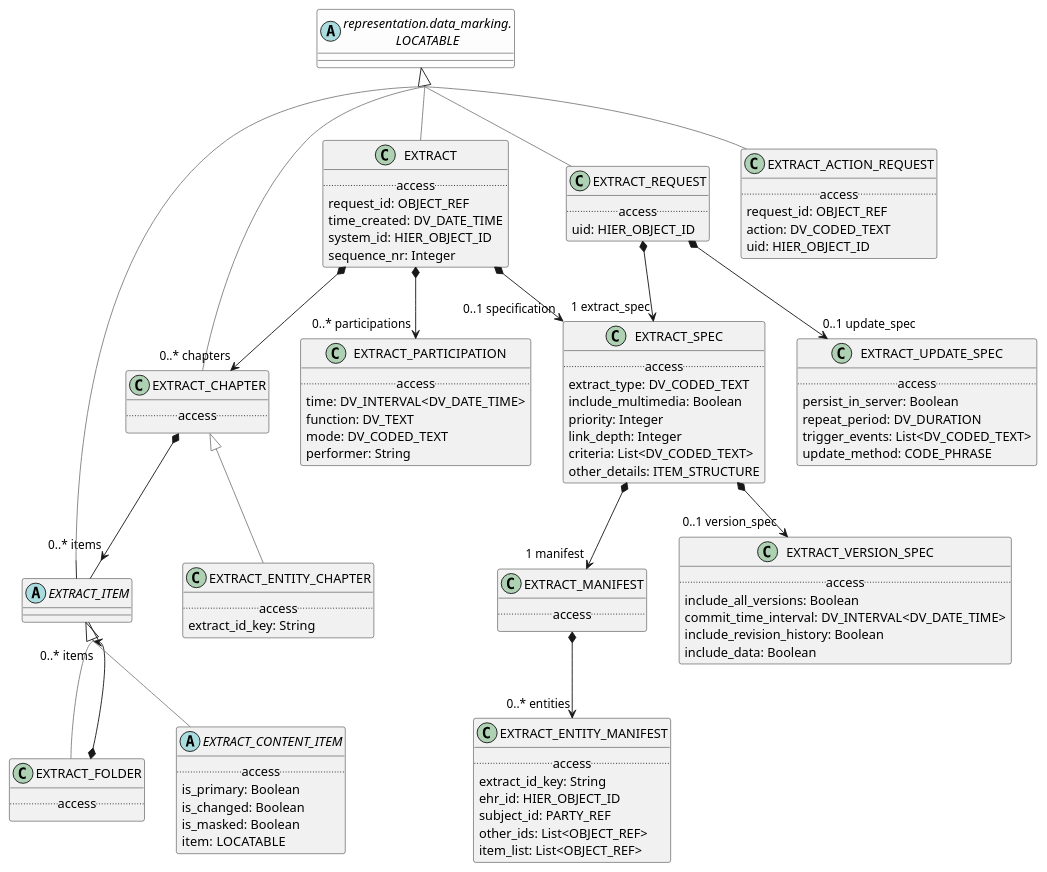
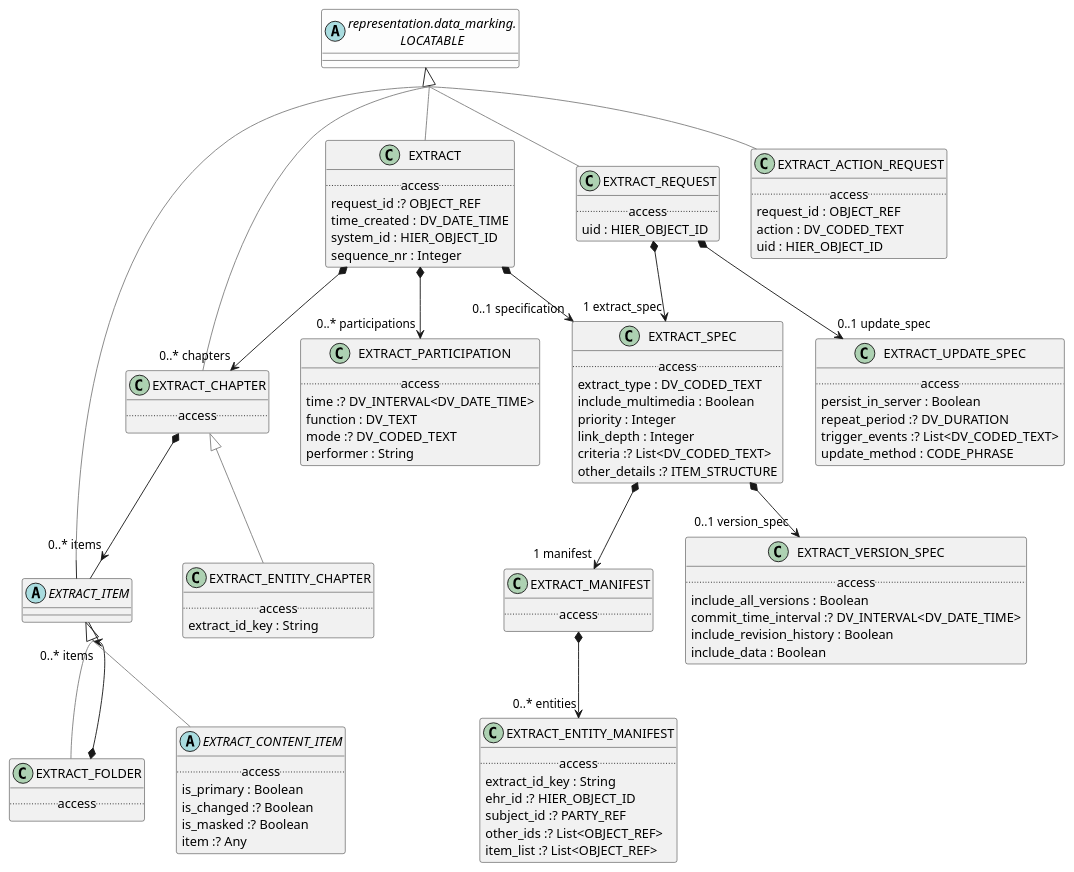
One commit to wolandscat/openehr-doc changed the diagram in modules/ROOT/examples/bmm/domain-healthcare/ehr_extract/common/common-package-uml.adoc. Above: the diagram before and after it, drawn with PlantUML. The commit also changed 1814 other files, not shown here.

```diff
--- a/modules/ROOT/examples/bmm/domain-healthcare/ehr_extract/common/common-package-uml.adoc
+++ b/modules/ROOT/examples/bmm/domain-healthcare/ehr_extract/common/common-package-uml.adoc
@@ -8,7 +8,7 @@
 
 class EXTRACT_REQUEST [[/openehr-doc/latest/domain-healthcare/ehr_extract-gen.html#_class_extract_request]] {
         .. access ..
-        uid: HIER_OBJECT_ID
+        uid : HIER_OBJECT_ID
 }
 
 EXTRACT_REQUEST -[#gray]up-|> LOCATABLE  
@@ -29,19 +29,18 @@
 
 class EXTRACT_ENTITY_MANIFEST [[/openehr-doc/latest/domain-healthcare/ehr_extract-gen.html#_class_extract_entity_manifest]] {
         .. access ..
-        extract_id_key: String
-        ehr_id: HIER_OBJECT_ID
-        subject_id: PARTY_REF
-        other_ids: List<OBJECT_REF>
-        item_list: List<OBJECT_REF>
+        extract_id_key : String
+        ehr_id :? HIER_OBJECT_ID
+        subject_id :? PARTY_REF
+        other_ids :? List<OBJECT_REF>
+        item_list :? List<OBJECT_REF>
 }
-
 
 class EXTRACT_ACTION_REQUEST [[/openehr-doc/latest/domain-healthcare/ehr_extract-gen.html#_class_extract_action_request]] {
         .. access ..
-        request_id: OBJECT_REF
-        action: DV_CODED_TEXT
-        uid: HIER_OBJECT_ID
+        request_id : OBJECT_REF
+        action : DV_CODED_TEXT
+        uid : HIER_OBJECT_ID
 }
 
 EXTRACT_ACTION_REQUEST -[#gray]up-|> LOCATABLE  
@@ -60,19 +59,17 @@
         .. access ..
 }
 
-
 EXTRACT_MANIFEST *--> "0..* entities" EXTRACT_ENTITY_MANIFEST
 
 class EXTRACT_SPEC [[/openehr-doc/latest/domain-healthcare/ehr_extract-gen.html#_class_extract_spec]] {
         .. access ..
-        extract_type: DV_CODED_TEXT
-        include_multimedia: Boolean
-        priority: Integer
-        link_depth: Integer
-        criteria: List<DV_CODED_TEXT>
-        other_details: ITEM_STRUCTURE
+        extract_type : DV_CODED_TEXT
+        include_multimedia : Boolean
+        priority : Integer
+        link_depth : Integer
+        criteria :? List<DV_CODED_TEXT>
+        other_details :? ITEM_STRUCTURE
 }
-
 
 EXTRACT_SPEC *--> "0..1 version_spec" EXTRACT_VERSION_SPEC
 
@@ -80,25 +77,23 @@
 
 class EXTRACT_PARTICIPATION [[/openehr-doc/latest/domain-healthcare/ehr_extract-gen.html#_class_extract_participation]] {
         .. access ..
-        time: DV_INTERVAL<DV_DATE_TIME>
-        function: DV_TEXT
-        mode: DV_CODED_TEXT
-        performer: String
+        time :? DV_INTERVAL<DV_DATE_TIME>
+        function : DV_TEXT
+        mode :? DV_CODED_TEXT
+        performer : String
 }
-
 
 class EXTRACT_VERSION_SPEC [[/openehr-doc/latest/domain-healthcare/ehr_extract-gen.html#_class_extract_version_spec]] {
         .. access ..
-        include_all_versions: Boolean
-        commit_time_interval: DV_INTERVAL<DV_DATE_TIME>
-        include_revision_history: Boolean
-        include_data: Boolean
+        include_all_versions : Boolean
+        commit_time_interval :? DV_INTERVAL<DV_DATE_TIME>
+        include_revision_history : Boolean
+        include_data : Boolean
 }
-
 
 class EXTRACT_ENTITY_CHAPTER [[/openehr-doc/latest/domain-healthcare/ehr_extract-gen.html#_class_extract_entity_chapter]] {
         .. access ..
-        extract_id_key: String
+        extract_id_key : String
 }
 
 EXTRACT_ENTITY_CHAPTER -[#gray]up-|> EXTRACT_CHAPTER  
@@ -106,10 +101,10 @@
 
 abstract class EXTRACT_CONTENT_ITEM [[/openehr-doc/latest/domain-healthcare/ehr_extract-gen.html#_class_extract_content_item]] {
         .. access ..
-        is_primary: Boolean
-        is_changed: Boolean
-        is_masked: Boolean
-        item: LOCATABLE
+        is_primary : Boolean
+        is_changed :? Boolean
+        is_masked :? Boolean
+        item :? Any
 }
 
 EXTRACT_CONTENT_ITEM -[#gray]up-|> EXTRACT_ITEM  
@@ -123,10 +118,10 @@
 
 class EXTRACT [[/openehr-doc/latest/domain-healthcare/ehr_extract-gen.html#_class_extract]] {
         .. access ..
-        request_id: OBJECT_REF
-        time_created: DV_DATE_TIME
-        system_id: HIER_OBJECT_ID
-        sequence_nr: Integer
+        request_id :? OBJECT_REF
+        time_created : DV_DATE_TIME
+        system_id : HIER_OBJECT_ID
+        sequence_nr : Integer
 }
 
 EXTRACT -[#gray]up-|> LOCATABLE  
@@ -140,12 +135,11 @@
 
 class EXTRACT_UPDATE_SPEC [[/openehr-doc/latest/domain-healthcare/ehr_extract-gen.html#_class_extract_update_spec]] {
         .. access ..
-        persist_in_server: Boolean
-        repeat_period: DV_DURATION
-        trigger_events: List<DV_CODED_TEXT>
-        update_method: CODE_PHRASE
+        persist_in_server : Boolean
+        repeat_period :? DV_DURATION
+        trigger_events :? List<DV_CODED_TEXT>
+        update_method : CODE_PHRASE
 }
-
 abstract class "representation.data_marking.\nLOCATABLE" as LOCATABLE  [[/openehr-doc/latest/representation/data_marking-gen.html#_class_locatable]] #FDFDFD {
 }
 
```
